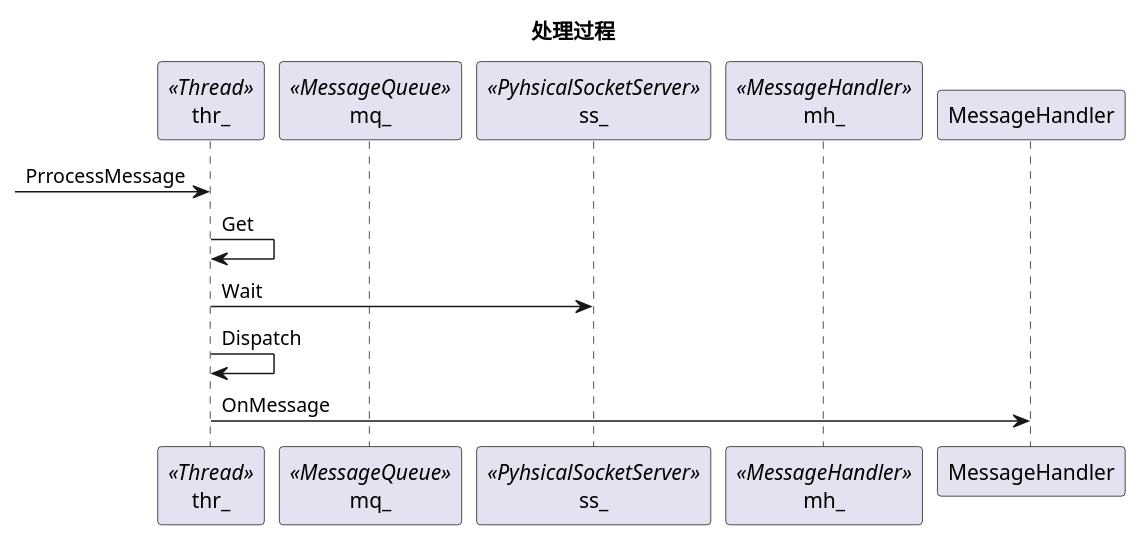
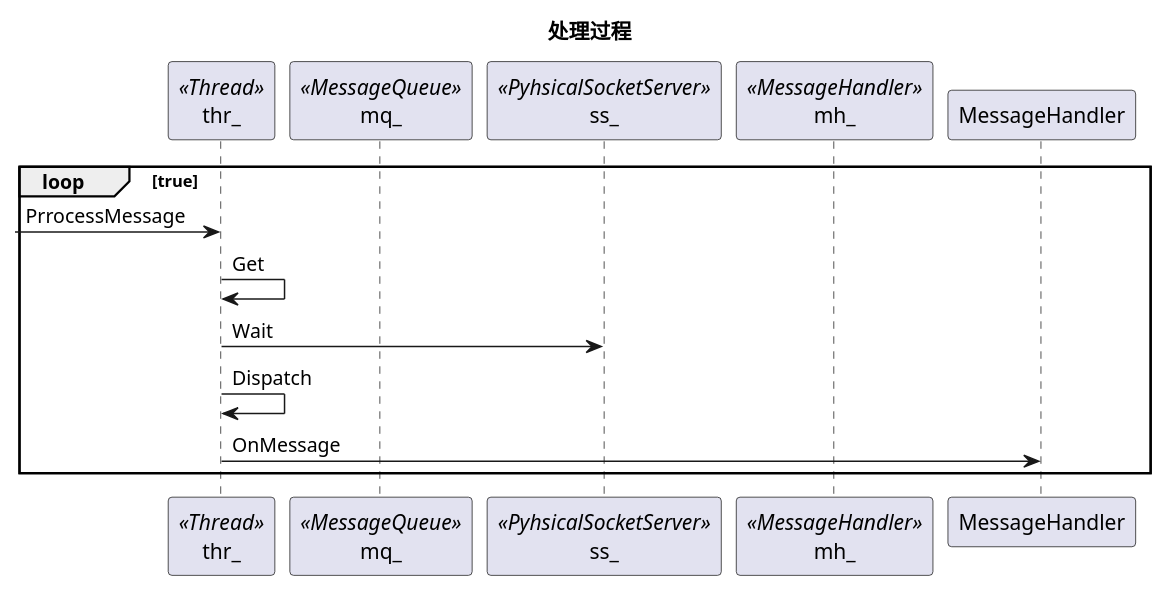
Before and after one commit to mingxin505/webrtcNote: the second of 5 diagrams in webrtc_chrome/Thread.md, drawn with PlantUML. The commit also changed other lines of this file, not shown here.

````diff
--- a/webrtc_chrome/Thread.md
+++ b/webrtc_chrome/Thread.md
@@ -27,13 +27,14 @@
 ```plantuml
 title "处理过程"
 participant thr_  as thr <<Thread>>
 participant mq_  as mq <<MessageQueue>>
 participant ss_  as ss <<PyhsicalSocketServer>>
 participant mh_  as mh <<MessageHandler>>
-
+loop true
 [-> thr : PrrocessMessage
 thr -> thr : Get
 thr -> ss : Wait
 thr -> thr : Dispatch
 thr -> MessageHandler : OnMessage
+end
 ```
````
